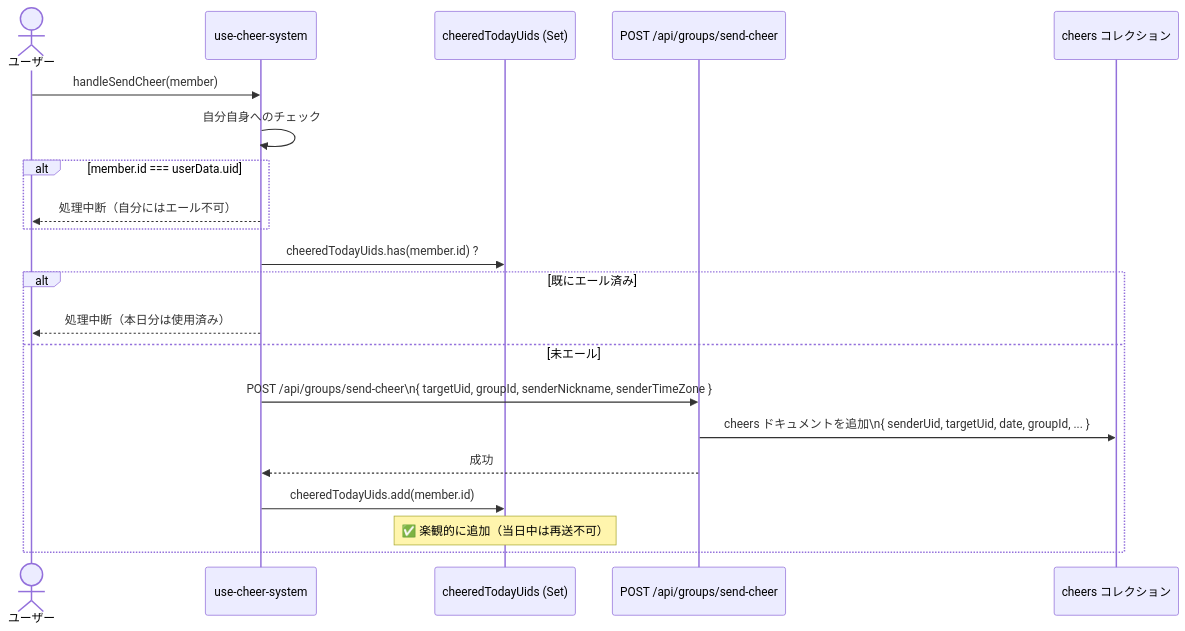
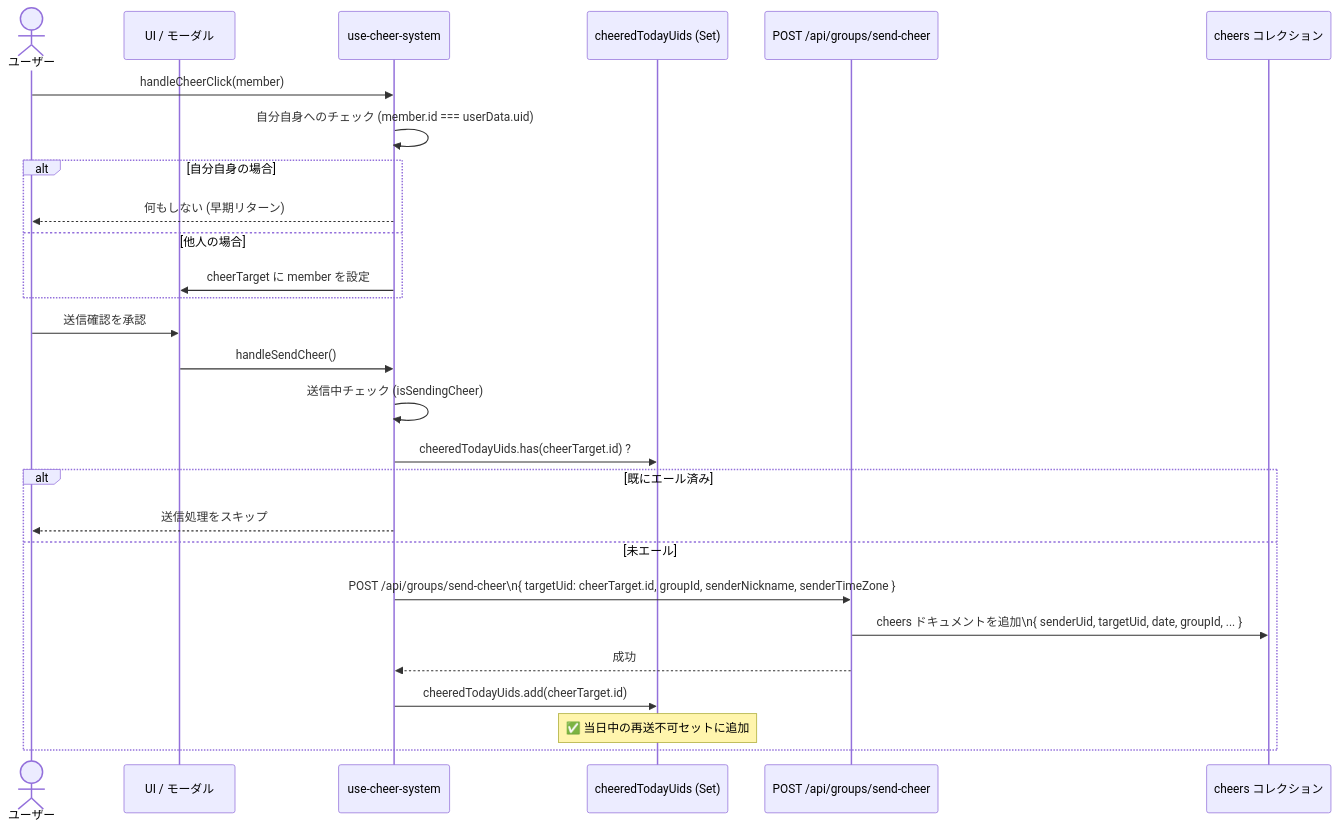
The seventh of 10 diagrams in docs/ja/details/group-chat-interactions.md (ScriptureHabit/scripture-habit), drawn with Mermaid before and after one commit. The commit also changed other lines of this file and 15 other files, not shown here.

````diff
--- a/docs/ja/details/group-chat-interactions.md
+++ b/docs/ja/details/group-chat-interactions.md
@@ -375,26 +375,32 @@
 ```mermaid
 sequenceDiagram
     actor ユーザー
+    participant UI as UI / モーダル
     participant Hook as use-cheer-system
     participant Guard as cheeredTodayUids (Set)
     participant API as POST /api/groups/send-cheer
     participant Firestore as cheers コレクション
 
-    ユーザー->>Hook: handleSendCheer(member)
-
-    Hook->>Hook: 自分自身へのチェック
-    alt member.id === userData.uid
-        Hook-->>ユーザー: 処理中断（自分にはエール不可）
+    ユーザー->>Hook: handleCheerClick(member)
+    Hook->>Hook: 自分自身へのチェック (member.id === userData.uid)
+    alt 自分自身の場合
+        Hook-->>ユーザー: 何もしない (早期リターン)
+    else 他人の場合
+        Hook->>UI: cheerTarget に member を設定
     end
 
-    Hook->>Guard: cheeredTodayUids.has(member.id) ?
+    ユーザー->>UI: 送信確認を承認
+    UI->>Hook: handleSendCheer()
+
+    Hook->>Hook: 送信中チェック (isSendingCheer)
+    Hook->>Guard: cheeredTodayUids.has(cheerTarget.id) ?
     alt 既にエール済み
-        Hook-->>ユーザー: 処理中断（本日分は使用済み）
+        Hook-->>ユーザー: 送信処理をスキップ
     else 未エール
-        Hook->>API: POST /api/groups/send-cheer\n{ targetUid, groupId, senderNickname, senderTimeZone }
+        Hook->>API: POST /api/groups/send-cheer\n{ targetUid: cheerTarget.id, groupId, senderNickname, senderTimeZone }
         API->>Firestore: cheers ドキュメントを追加\n{ senderUid, targetUid, date, groupId, ... }
         API-->>Hook: 成功
-        Hook->>Guard: cheeredTodayUids.add(member.id)
-        Note over Guard: ✅ 楽観的に追加（当日中は再送不可）
+        Hook->>Guard: cheeredTodayUids.add(cheerTarget.id)
+        Note over Guard: ✅ 当日中の再送不可セットに追加
     end
 ```
````
